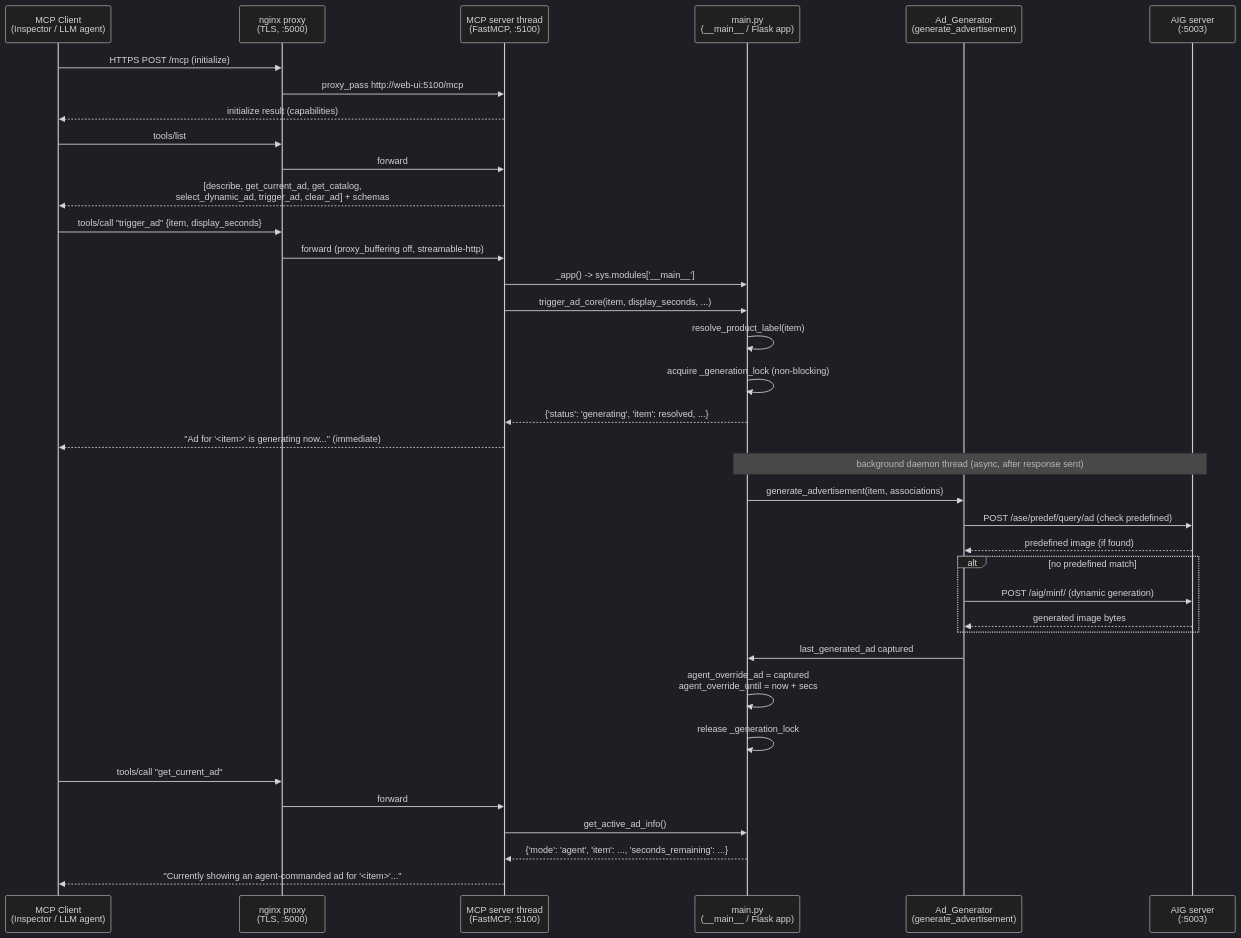
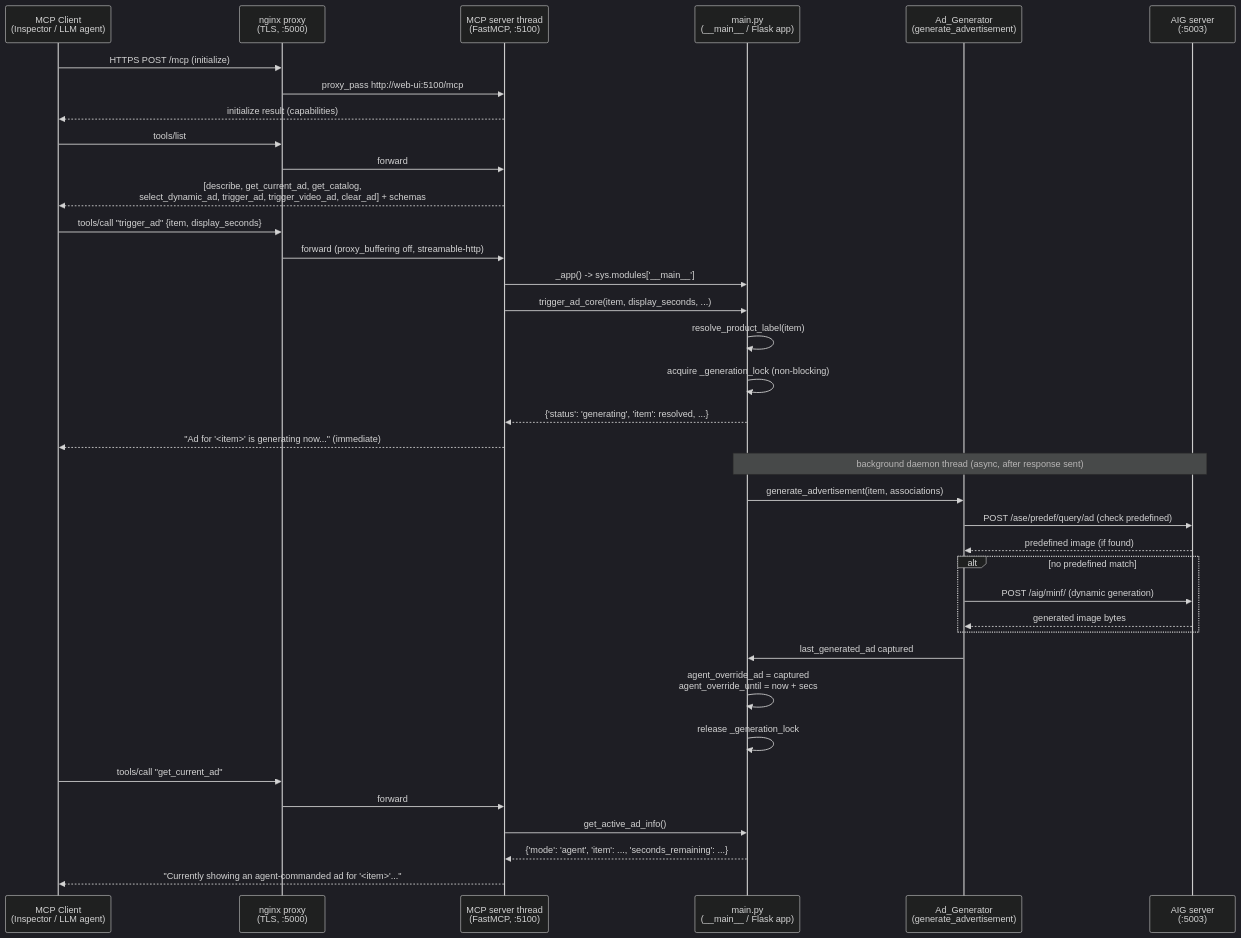
Before and after one commit to intel-retail/digital-signage: the first of 2 diagrams in docs/user-guide/how-to-guides/mcp-server-architecture.md, drawn with Mermaid. The commit also changed other lines of this file and 5 other files, not shown here.

````diff
--- a/docs/user-guide/how-to-guides/mcp-server-architecture.md
+++ b/docs/user-guide/how-to-guides/mcp-server-architecture.md
@@ -104,47 +104,47 @@
 ```mermaid
 ---
 config: {"theme": "dark"}
 ---
 sequenceDiagram
     participant Client as MCP Client<br/>(Inspector / LLM agent)
     participant Nginx as nginx proxy<br/>(TLS, :5000)
     participant MCP as MCP server thread<br/>(FastMCP, :5100)
     participant Main as main.py<br/>(__main__ / Flask app)
     participant AdGen as Ad_Generator<br/>(generate_advertisement)
     participant AIG as AIG server<br/>(:5003)
 
     Client->>Nginx: HTTPS POST /mcp (initialize)
     Nginx->>MCP: proxy_pass http://web-ui:5100/mcp
     MCP-->>Client: initialize result (capabilities)
 
     Client->>Nginx: tools/list
     Nginx->>MCP: forward
-    MCP-->>Client: [describe, get_current_ad, get_catalog,<br/>select_dynamic_ad, trigger_ad, clear_ad] + schemas
+    MCP-->>Client: [describe, get_current_ad, get_catalog,<br/>select_dynamic_ad, trigger_ad, trigger_video_ad, clear_ad] + schemas
 
     Client->>Nginx: tools/call "trigger_ad" {item, display_seconds}
     Nginx->>MCP: forward (proxy_buffering off, streamable-http)
     MCP->>Main: _app() -> sys.modules['__main__']
     MCP->>Main: trigger_ad_core(item, display_seconds, ...)
     Main->>Main: resolve_product_label(item)
     Main->>Main: acquire _generation_lock (non-blocking)
     Main-->>MCP: {'status': 'generating', 'item': resolved, ...}
     MCP-->>Client: "Ad for '<item>' is generating now..." (immediate)
 
     Note over Main,AIG: background daemon thread (async, after response sent)
     Main->>AdGen: generate_advertisement(item, associations)
     AdGen->>AIG: POST /ase/predef/query/ad (check predefined)
     AIG-->>AdGen: predefined image (if found)
     alt no predefined match
         AdGen->>AIG: POST /aig/minf/ (dynamic generation)
         AIG-->>AdGen: generated image bytes
     end
     AdGen->>Main: last_generated_ad captured
     Main->>Main: agent_override_ad = captured<br/>agent_override_until = now + secs
     Main->>Main: release _generation_lock
 
     Client->>Nginx: tools/call "get_current_ad"
     Nginx->>MCP: forward
     MCP->>Main: get_active_ad_info()
     Main-->>MCP: {'mode': 'agent', 'item': ..., 'seconds_remaining': ...}
     MCP-->>Client: "Currently showing an agent-commanded ad for '<item>'..."
 ```
````
